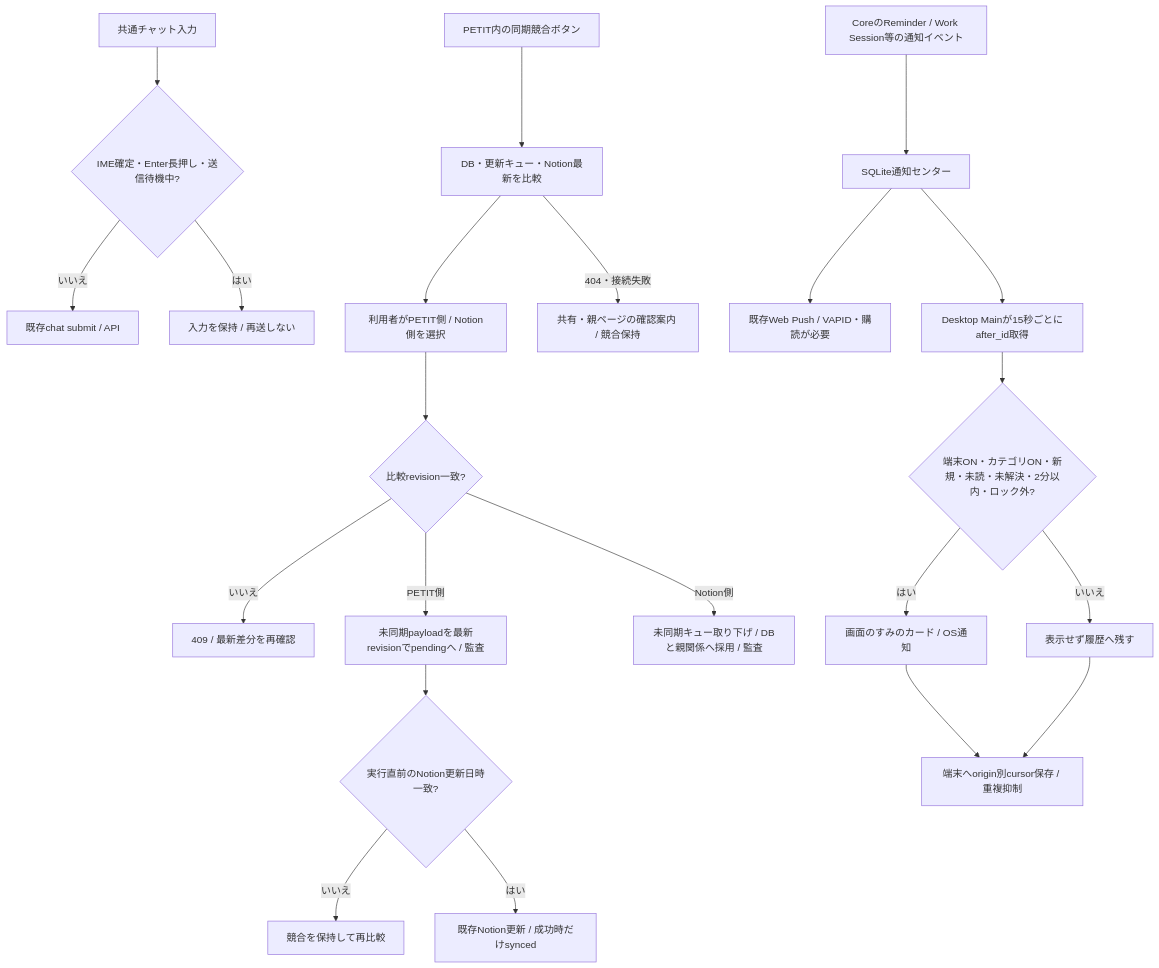
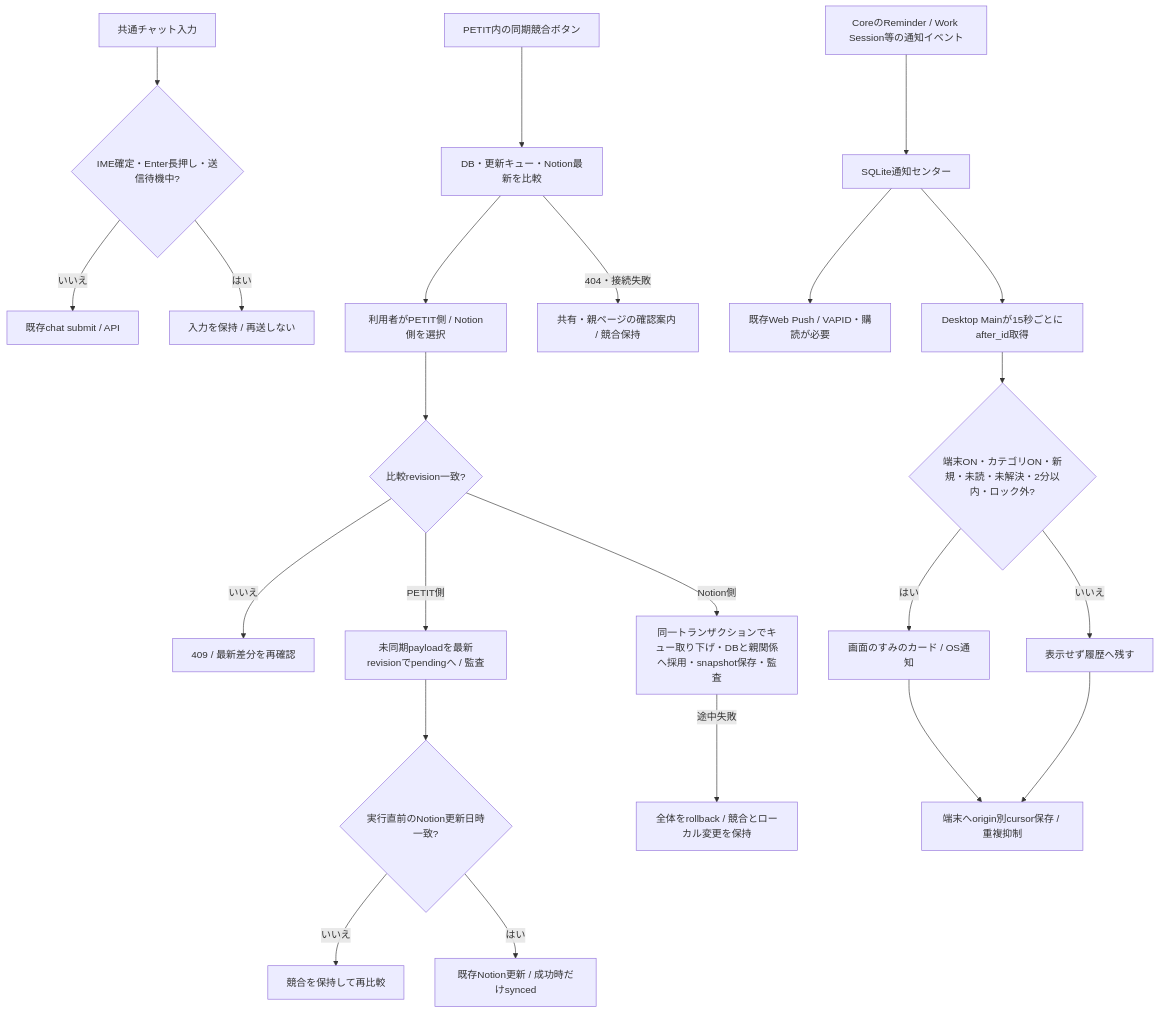
Before and after one commit to Soso2e/PETIT: the third of 24 diagrams in docs/runtime-flows.md, drawn with Mermaid. The commit also changed other lines of this file and 48 other files, not shown here.

````diff
--- a/docs/runtime-flows.md
+++ b/docs/runtime-flows.md
@@ -49,24 +49,25 @@
 ```mermaid
 flowchart TD
     input[共通チャット入力] --> ime{IME確定・Enter長押し・送信待機中?}
     ime -->|いいえ| chat[既存chat submit / API]
     ime -->|はい| keep[入力を保持 / 再送しない]
     conflict[PETIT内の同期競合ボタン] --> compare[DB・更新キュー・Notion最新を比較]
     compare --> choice[利用者がPETIT側 / Notion側を選択]
     choice --> revision{比較revision一致?}
     revision -->|いいえ| retry[409 / 最新差分を再確認]
     revision -->|PETIT側| queue[未同期payloadを最新revisionでpendingへ / 監査]
     queue --> latest{実行直前のNotion更新日時一致?}
     latest -->|いいえ| again[競合を保持して再比較]
     latest -->|はい| patch[既存Notion更新 / 成功時だけsynced]
-    revision -->|Notion側| adopt[未同期キュー取り下げ / DBと親関係へ採用 / 監査]
+    revision -->|Notion側| adopt[同一トランザクションでキュー取り下げ・DBと親関係へ採用・snapshot保存・監査]
+    adopt -->|途中失敗| rollback[全体をrollback / 競合とローカル変更を保持]
     compare -->|404・接続失敗| blocked[共有・親ページの確認案内 / 競合保持]
     event[CoreのReminder / Work Session等の通知イベント] --> history[SQLite通知センター]
     history --> web[既存Web Push / VAPID・購読が必要]
     history --> poll[Desktop Mainが15秒ごとにafter_id取得]
     poll --> eligible{端末ON・カテゴリON・新規・未読・未解決・2分以内・ロック外?}
     eligible -->|はい| desktop[画面のすみのカード / OS通知]
     eligible -->|いいえ| quiet[表示せず履歴へ残す]
     desktop --> cursor[端末へorigin別cursor保存 / 重複抑制]
     quiet --> cursor
 ```
````
